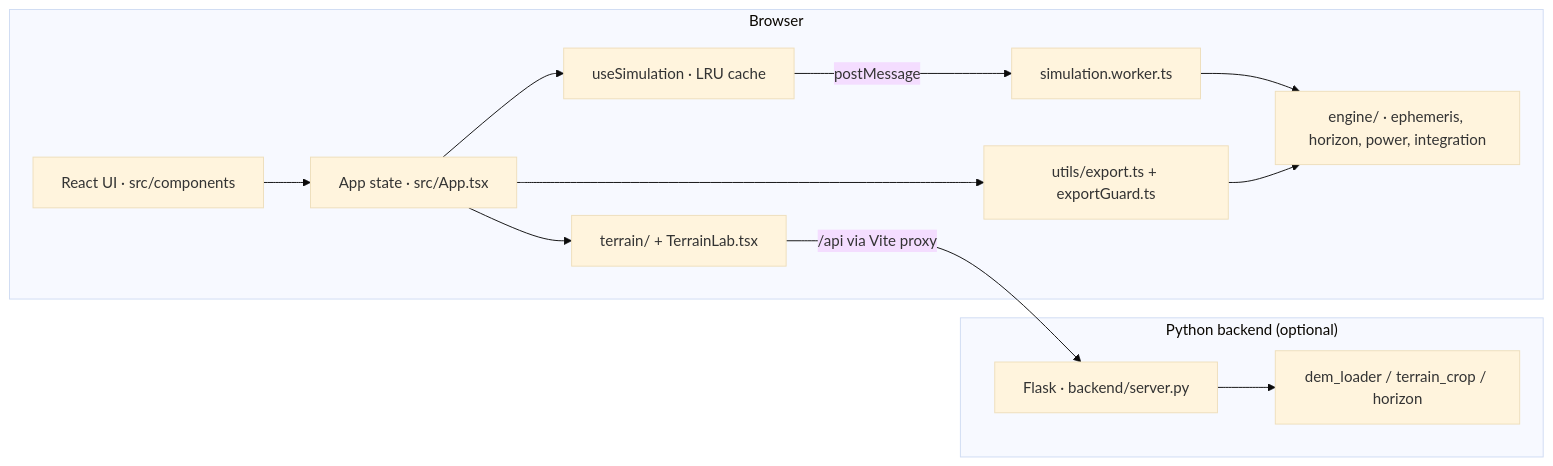
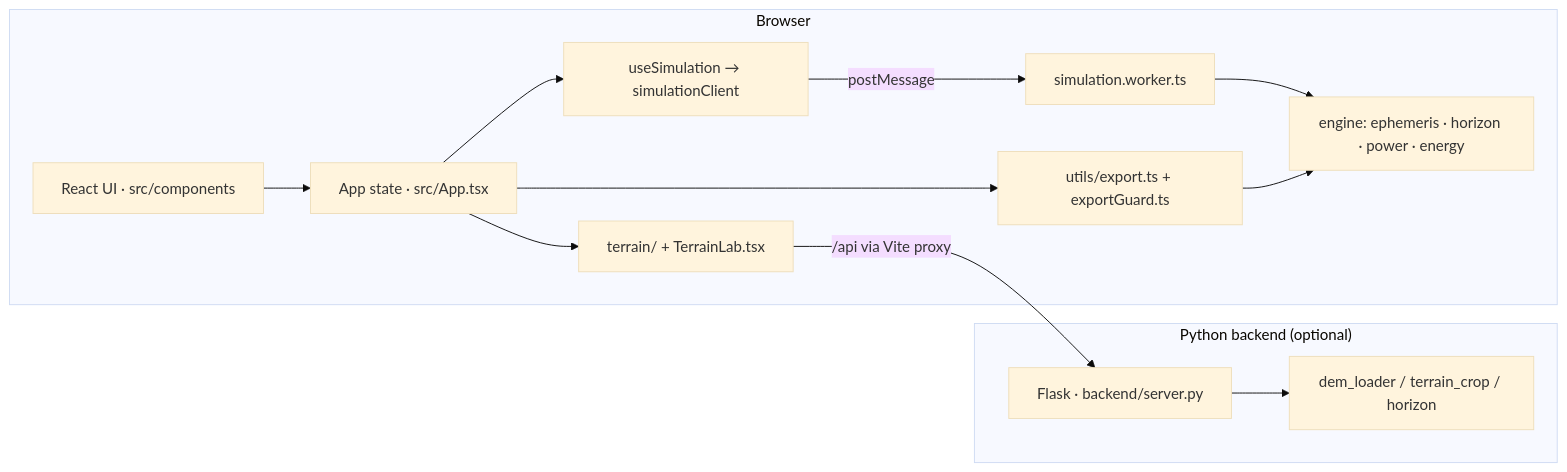
The diagram in docs/architecture/overview.md (Hemansh2633B/Clps-lunar-mission), drawn with Mermaid (base theme) before and after one commit. The commit also changed 1 other file, not shown here.

Commit message:
docs: align identity wording with known findings; consistent diagrams
- README no longer claims the analysis key is 'exact'; it links the rounding
  finding in known-issues.md (the key rounds elevations/coords/times today).
- Mermaid nodes in README and the architecture overview agree on the
  useSimulation → simulationClient split.

````diff
--- a/docs/architecture/overview.md
+++ b/docs/architecture/overview.md
@@ -10,25 +10,25 @@
 ```mermaid
 flowchart LR
     subgraph Browser
         UI[React UI · src/components]
         App[App state · src/App.tsx]
-        Hook[useSimulation · LRU cache]
+        Hook[useSimulation → simulationClient]
         Worker[simulation.worker.ts]
-        Engine[engine/ · ephemeris, horizon, power, integration]
+        Engine[engine: ephemeris · horizon · power · energy]
         Export[utils/export.ts + exportGuard.ts]
         Terrain[terrain/ + TerrainLab.tsx]
         UI --> App
         App --> Hook
         Hook -->|postMessage| Worker
         Worker --> Engine
         App --> Export
         Export --> Engine
         App --> Terrain
     end
     subgraph "Python backend (optional)"
         API[Flask · backend/server.py]
         DEM[dem_loader / terrain_crop / horizon]
         API --> DEM
     end
     Terrain -->|/api via Vite proxy| API
 ```
````
